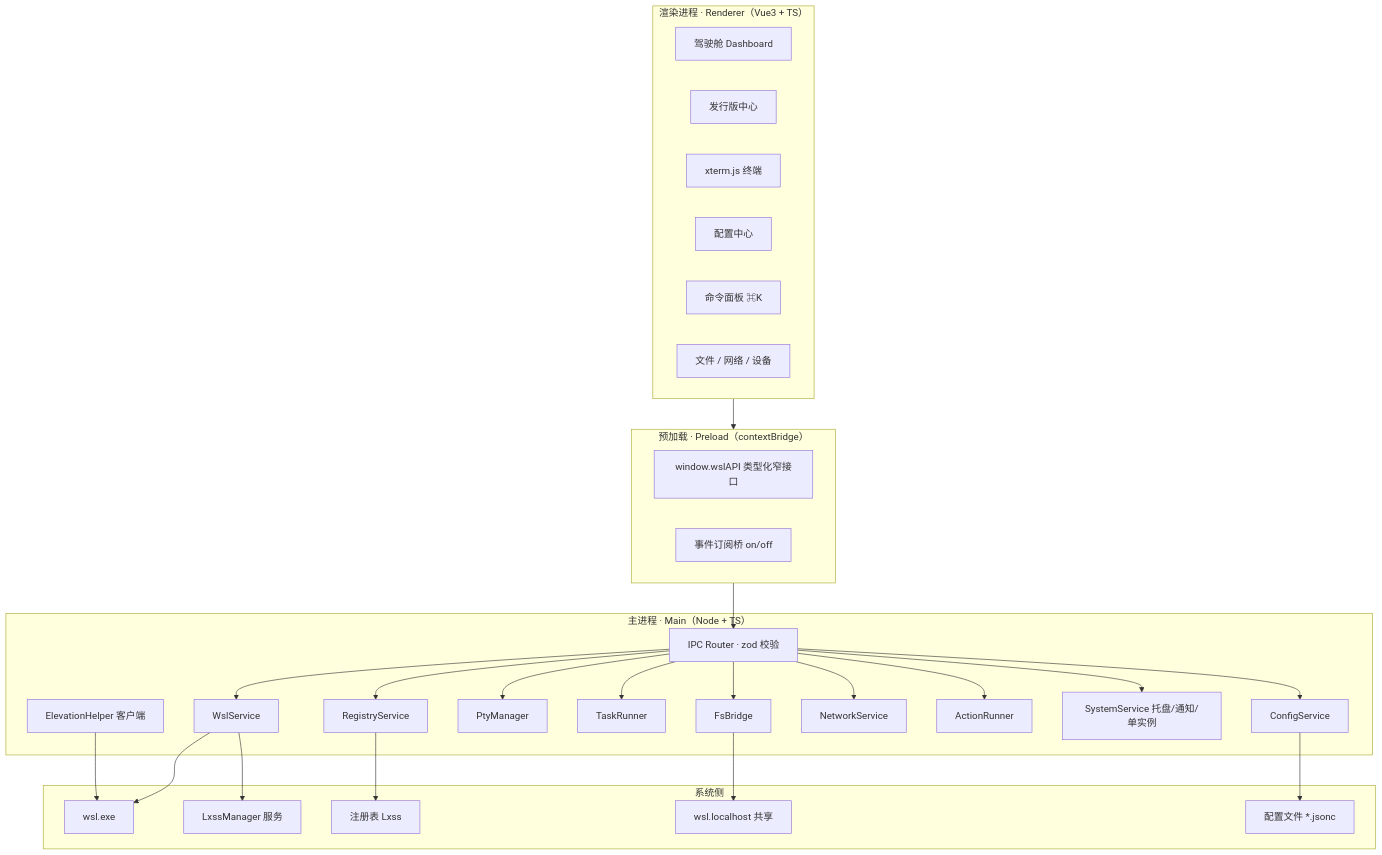
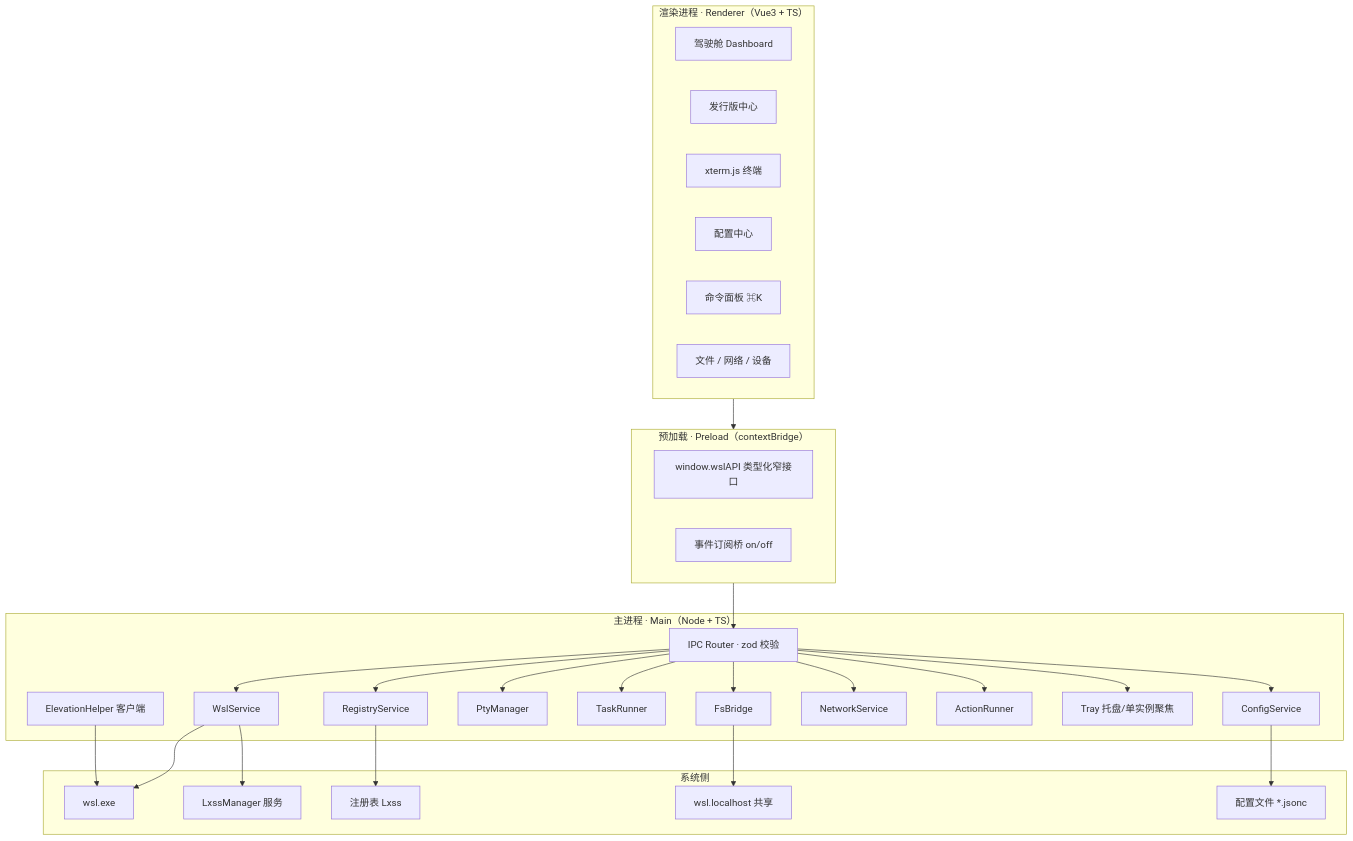
One commit to ThzxxArt/WSLPilot changed the second of 5 diagrams in WSLPilot-设计书.md. Above: the diagram before and after it, drawn with Mermaid. The commit also changed other lines of this file and 153 other files, not shown here.

````diff
--- a/WSLPilot-设计书.md
+++ b/WSLPilot-设计书.md
@@ -199,47 +199,47 @@
 ```mermaid
 flowchart TB
   subgraph R["渲染进程 · Renderer（Vue3 + TS）"]
     A1[驾驶舱 Dashboard]
     A2[发行版中心]
     A3[xterm.js 终端]
     A4[配置中心]
     A5[命令面板 ⌘K]
     A6[文件 / 网络 / 设备]
   end
 
   subgraph P["预加载 · Preload（contextBridge）"]
     B1[window.wslAPI 类型化窄接口]
     B2[事件订阅桥 on/off]
   end
 
   subgraph M["主进程 · Main（Node + TS）"]
     C1[IPC Router · zod 校验]
     C2[WslService]
     C3[RegistryService]
     C4[ConfigService]
     C5[PtyManager]
     C6[TaskRunner]
     C7[FsBridge]
     C8[NetworkService]
     C9[ActionRunner]
-    C10[SystemService 托盘/通知/单实例]
+    C10[Tray 托盘/单实例聚焦]
     C11[ElevationHelper 客户端]
   end
 
   subgraph W["系统侧"]
     D1[wsl.exe]
     D2[LxssManager 服务]
     D3[注册表 Lxss]
     D4[wsl.localhost 共享]
     D5[配置文件 *.jsonc]
   end
 
   R --> P --> C1
   C1 --> C2 & C3 & C4 & C5 & C6 & C7 & C8 & C9 & C10
   C2 --> D1
   C3 --> D3
   C2 --> D2
   C4 --> D5
   C7 --> D4
   C11 --> D1
 ```
````
